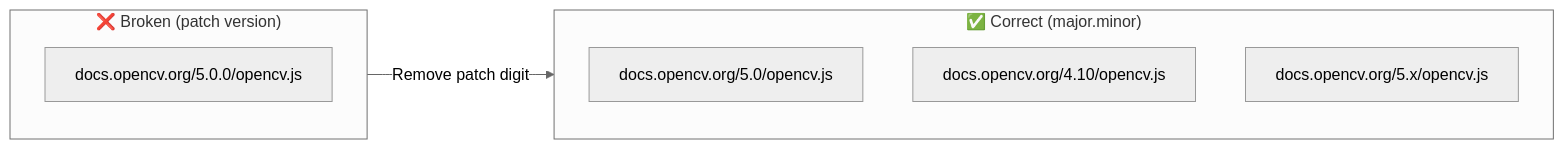
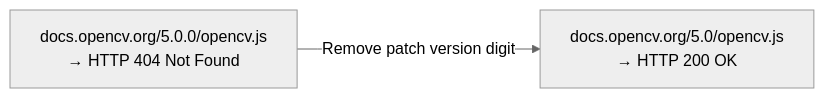
The third of 10 diagrams in FIXES_DOCUMENTATION.md (varun-projects/opencv), drawn with Mermaid (neutral theme) before and after one commit. The commit also changed other lines of this file, not shown here.

````diff
--- a/FIXES_DOCUMENTATION.md
+++ b/FIXES_DOCUMENTATION.md
@@ -122,12 +120,6 @@
 ```mermaid
 flowchart LR
-    subgraph wrong["❌ Broken (patch version)"]
-        A["docs.opencv.org/5.0.0/opencv.js"]
-    end
-    subgraph correct["✅ Correct (major.minor)"]
-        B["docs.opencv.org/5.0/opencv.js"]
-        C["docs.opencv.org/4.10/opencv.js"]
-        D["docs.opencv.org/5.x/opencv.js"]
-    end
-    wrong -->|"Remove patch digit"| correct
+    A["docs.opencv.org/5.0.0/opencv.js\n→ HTTP 404 Not Found"]
+    B["docs.opencv.org/5.0/opencv.js\n→ HTTP 200 OK"]
+    A -->|"Remove patch version digit"| B
 ```
````
